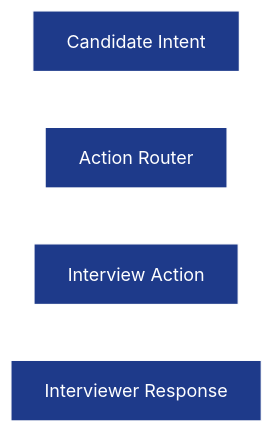
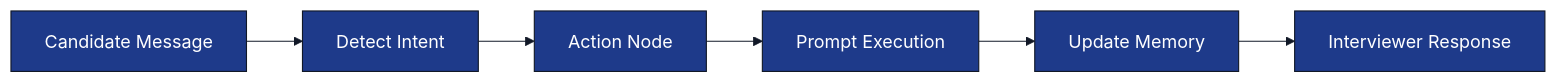
Before and after one commit to Veeru123456778/ai-interview-service: the second of 2 diagrams in docs/tech-spec/04_interview_engine.md, drawn with Mermaid. The commit also changed other lines of this file, not shown here.

Commit message:
fixes the interview engine of the agent

````diff
--- a/docs/tech-spec/04_interview_engine.md
+++ b/docs/tech-spec/04_interview_engine.md
@@ -1437,31 +138,37 @@
 ```mermaid
 %%{init:{
   "theme":"base",
   "themeVariables":{
-    "background":"#0F172A",
+    "background":"#FFFFFF",
     "primaryColor":"#1E3A8A",
     "primaryTextColor":"#FFFFFF",
-    "primaryBorderColor":"#FFFFFF",
+    "primaryBorderColor":"#111827",
     "secondaryColor":"#2563EB",
     "secondaryTextColor":"#FFFFFF",
-    "tertiaryColor":"#1E293B",
-    "lineColor":"#FFFFFF",
-    "fontFamily":"Inter",
-    "edgeLabelBackground":"#0F172A"
+    "tertiaryColor":"#DBEAFE",
+    "lineColor":"#111827",
+    "edgeLabelBackground":"#FFFFFF",
+    "fontFamily":"Inter"
   }
 }}%%
 
-flowchart TD
+flowchart LR
 
-    INTENT["Candidate Intent"]
+    MSG["Candidate Message"]
 
-    ROUTER["Action Router"]
+    INTENT["Detect Intent"]
 
-    ACTION["Interview Action"]
+    ACTION["Action Node"]
+
+    LLM["Prompt Execution"]
+
+    MEMORY["Update Memory"]
 
     RESPONSE["Interviewer Response"]
 
-    INTENT --> ROUTER
-    ROUTER --> ACTION
-    ACTION --> RESPONSE
+    MSG --> INTENT
+    INTENT --> ACTION
+    ACTION --> LLM
+    LLM --> MEMORY
+    MEMORY --> RESPONSE
 ```
````
